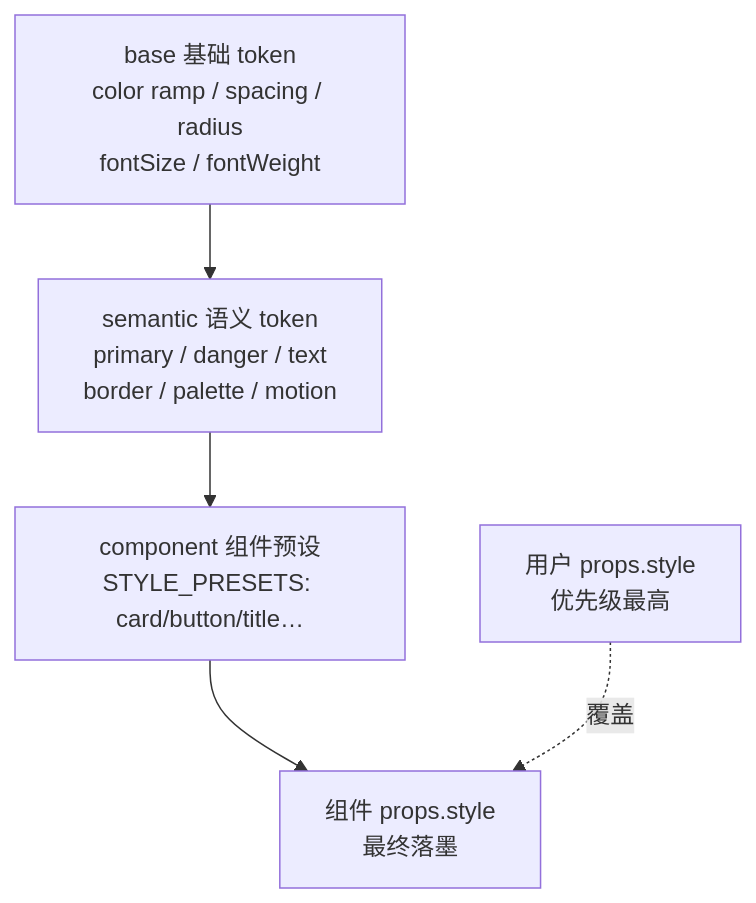
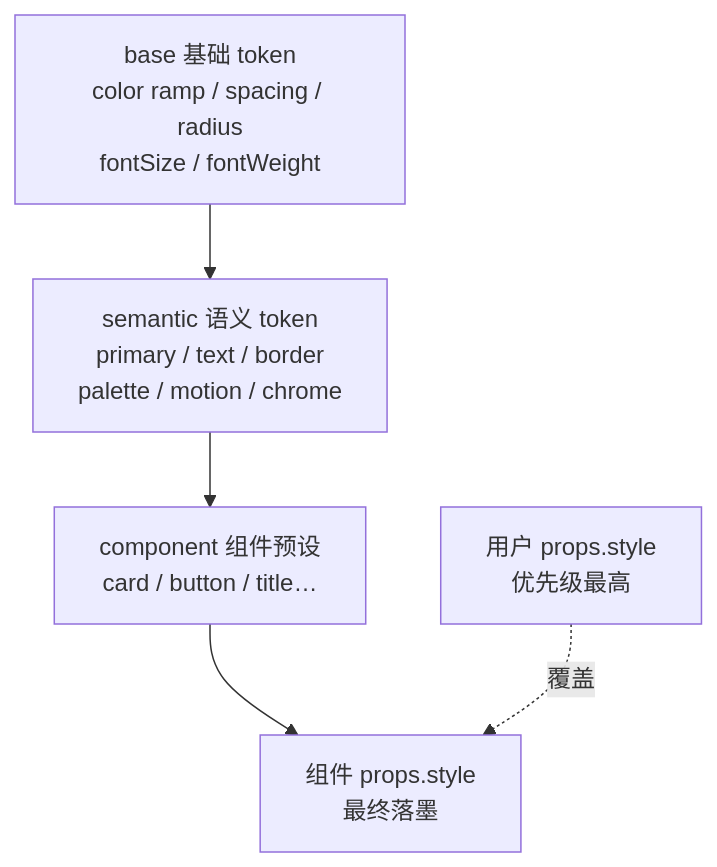
One commit to ice-render/ice-render-doc changed the diagram in docs/architecture/19-theme.mdx. Above: the diagram before and after it, drawn with Mermaid. The commit also changed other lines of this file and 5 other files, not shown here.

````diff
--- a/docs/architecture/19-theme.mdx
+++ b/docs/architecture/19-theme.mdx
@@ -9,7 +11,7 @@
 ```mermaid
 graph TD
-    B[base 基础 token<br/>color ramp / spacing / radius<br/>fontSize / fontWeight] --> S[semantic 语义 token<br/>primary / danger / text<br/>border / palette / motion]
-    S --> C[component 组件预设<br/>STYLE_PRESETS: card/button/title…]
+    B[base 基础 token<br/>color ramp / spacing / radius<br/>fontSize / fontWeight] --> S[semantic 语义 token<br/>primary / text / border<br/>palette / motion / chrome]
+    S --> C[component 组件预设<br/>card / button / title…]
     C --> P[组件 props.style<br/>最终落墨]
     U[用户 props.style<br/>优先级最高] -. 覆盖 .-> P
 ```
````
